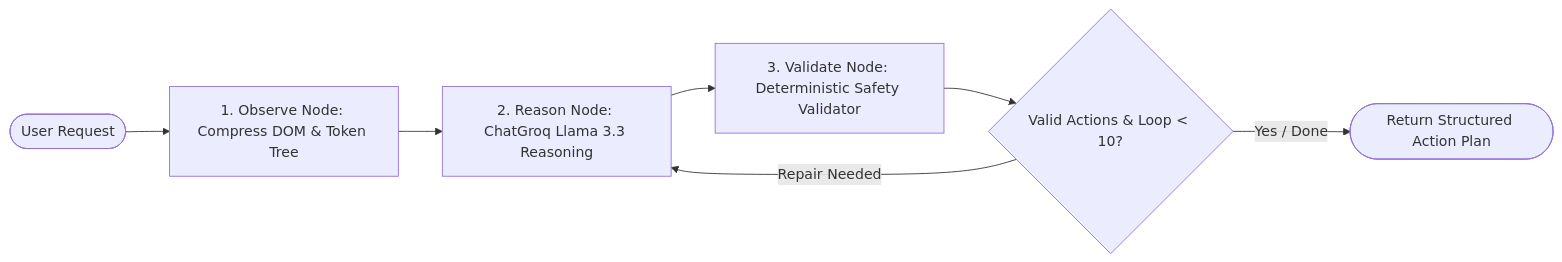
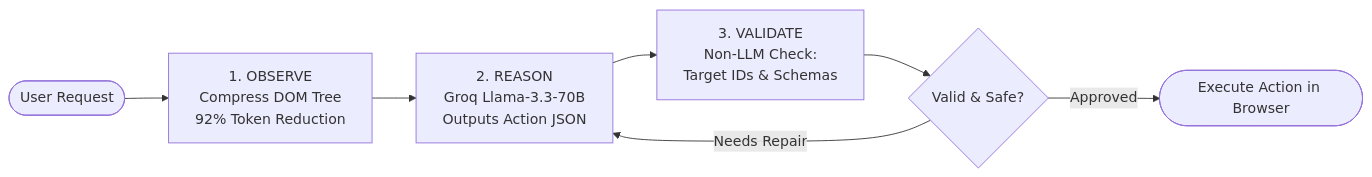
The second of 6 diagrams in documentation.md (RohanCodesDev/DrishtiAI), drawn with Mermaid before and after one commit. The commit also changed other lines of this file, not shown here.

Commit message:
docs: update documentation.md with official SIH 6-slide PPT blueprint, ERD, and architecture diagrams

````diff
--- a/documentation.md
+++ b/documentation.md
@@ -129,9 +208,9 @@
 ```mermaid
 graph LR
-    Start([User Request]) --> Observe[1. Observe Node: Compress DOM & Token Tree]
-    Observe --> Reason[2. Reason Node: ChatGroq Llama 3.3 Reasoning]
-    Reason --> Validate[3. Validate Node: Deterministic Safety Validator]
-    Validate --> Condition{Valid Actions & Loop < 10?}
-    Condition -- Yes / Done --> End([Return Structured Action Plan])
-    Condition -- Repair Needed --> Reason
+    Start([User Request]) --> Observe[1. OBSERVE<br/>Compress DOM Tree<br/>92% Token Reduction]
+    Observe --> Reason[2. REASON<br/>Groq Llama-3.3-70B<br/>Outputs Action JSON]
+    Reason --> Validate[3. VALIDATE<br/>Non-LLM Check:<br/>Target IDs & Schemas]
+    Validate --> Gate{Valid & Safe?}
+    Gate -- "Needs Repair" --> Reason
+    Gate -- "Approved" --> Execute([Execute Action in Browser])
 ```
````
